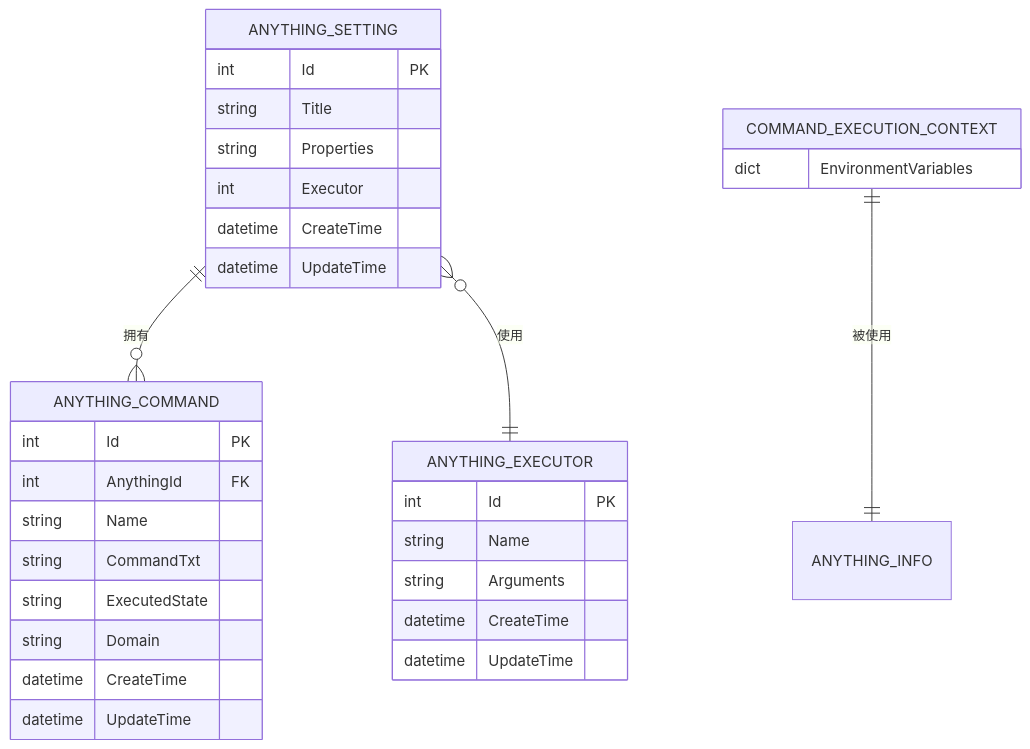
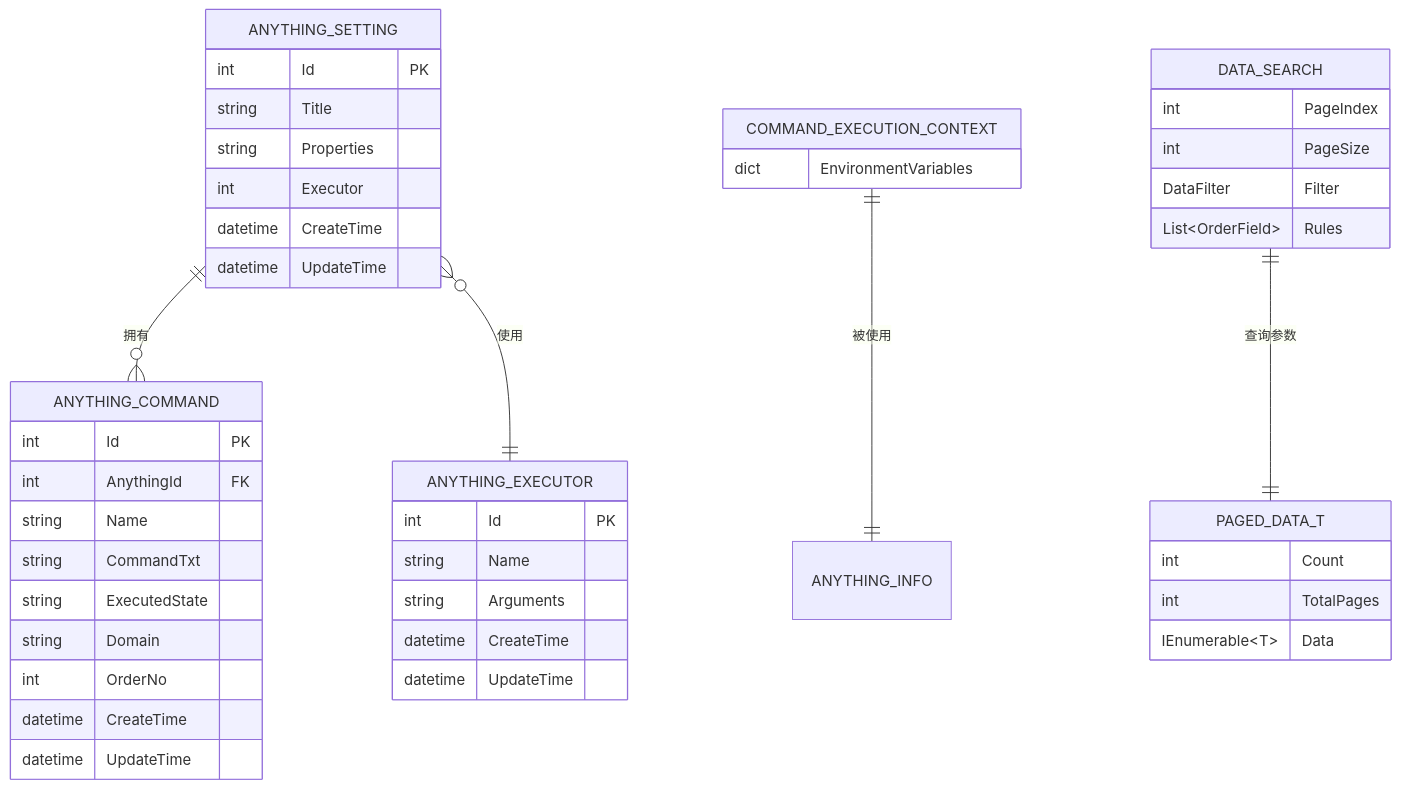
One commit to Sosososolong/AirGo changed the fifth of 9 diagrams in .qoder/repowiki/zh/content/远程主机管理模块/AnythingService 核心功能.md. Above: the diagram before and after it, drawn with Mermaid. The commit also changed other lines of this file and 9 other files, not shown here.

````diff
--- a/.qoder/repowiki/zh/content/远程主机管理模块/AnythingService 核心功能.md
+++ b/.qoder/repowiki/zh/content/远程主机管理模块/AnythingService 核心功能.md
@@ -288,34 +374,47 @@
 ```mermaid
 erDiagram
 ANYTHING_SETTING {
 int Id PK
 string Title
 string Properties
 int Executor
 datetime CreateTime
 datetime UpdateTime
 }
 ANYTHING_COMMAND {
 int Id PK
 int AnythingId FK
 string Name
 string CommandTxt
 string ExecutedState
 string Domain
+int OrderNo
 datetime CreateTime
 datetime UpdateTime
 }
 ANYTHING_EXECUTOR {
 int Id PK
 string Name
 string Arguments
 datetime CreateTime
 datetime UpdateTime
 }
 COMMAND_EXECUTION_CONTEXT {
 dict EnvironmentVariables
 }
+DATA_SEARCH {
+int PageIndex
+int PageSize
+DataFilter Filter
+List~OrderField~ Rules
+}
+PAGED_DATA_T {
+int Count
+int TotalPages
+IEnumerable~T~ Data
+}
 ANYTHING_SETTING ||--o{ ANYTHING_COMMAND : "拥有"
 ANYTHING_SETTING }o--|| ANYTHING_EXECUTOR : "使用"
 COMMAND_EXECUTION_CONTEXT ||--|| ANYTHING_INFO : "被使用"
+DATA_SEARCH ||--|| PAGED_DATA_T : "查询参数"
 ```
````
